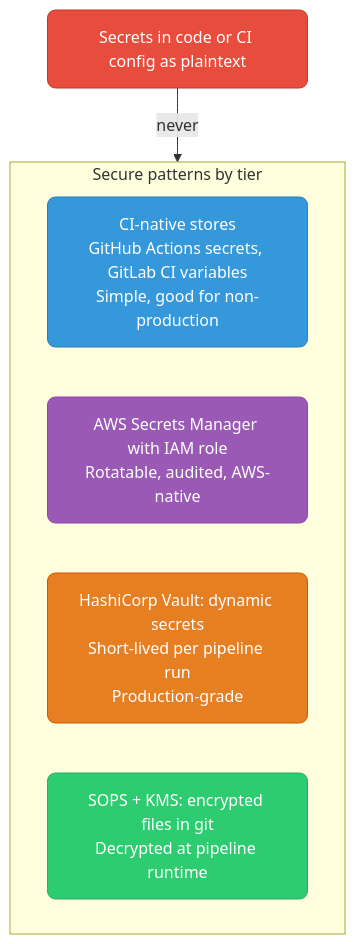
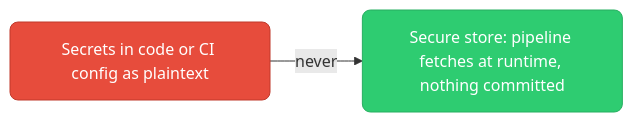
One commit to deepanshu-rawat6/DevOpsIndex changed the fifth of 7 diagrams in cicd/README.md. Above: the diagram before and after it, drawn with Mermaid. The commit also changed other lines of this file and 27 other files, not shown here.

````diff
--- a/cicd/README.md
+++ b/cicd/README.md
@@ -112,23 +190,7 @@
 ```mermaid
-graph TD
+graph LR
     classDef bad fill:#e74c3c,stroke:#c0392b,color:#fff,rx:8
-    classDef t1 fill:#3498db,stroke:#2980b9,color:#fff,rx:8
-    classDef t2 fill:#9b59b6,stroke:#8e44ad,color:#fff,rx:8
-    classDef t3 fill:#e67e22,stroke:#d35400,color:#fff,rx:8
-    classDef t4 fill:#2ecc71,stroke:#27ae60,color:#fff,rx:8
+    classDef good fill:#2ecc71,stroke:#27ae60,color:#fff,rx:8
 
-    BAD["Secrets in code or CI config as plaintext"]:::bad -->|"never"| GOOD
-
-    subgraph GOOD["Secure patterns by tier"]
-        T1["CI-native stores
-GitHub Actions secrets, GitLab CI variables
-Simple, good for non-production"]:::t1
-        T2["AWS Secrets Manager with IAM role
-Rotatable, audited, AWS-native"]:::t2
-        T3["HashiCorp Vault: dynamic secrets
-Short-lived per pipeline run
-Production-grade"]:::t3
-        T4["SOPS + KMS: encrypted files in git
-Decrypted at pipeline runtime"]:::t4
-    end
+    BAD["Secrets in code or CI config as plaintext"]:::bad -->|"never"| GOOD["Secure store: pipeline fetches at runtime, nothing committed"]:::good
 ```
````
